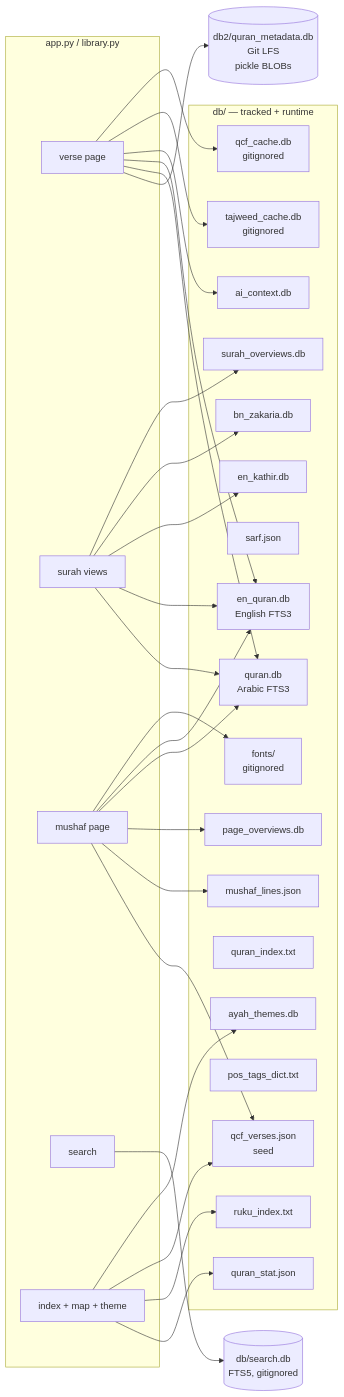
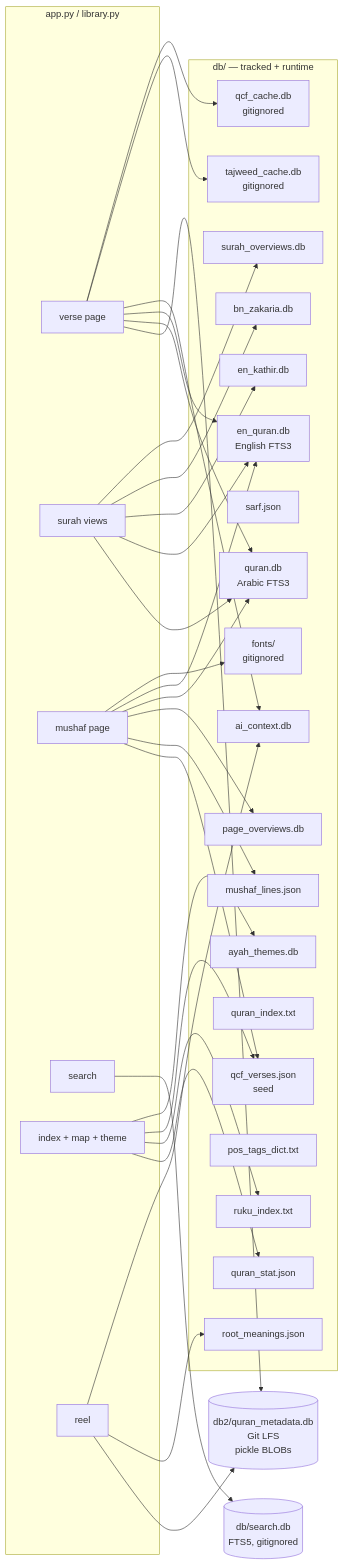
The eighth of 16 diagrams in ARCHITECTURE.md (OnixHoque/aayatun), drawn with Mermaid before and after one commit. The commit also changed other lines of this file and 6 other files, not shown here.

Commit message:
Reel: move root credit to bottom, slow typewriter, and document morphology sources

````diff
--- a/ARCHITECTURE.md
+++ b/ARCHITECTURE.md
@@ -784,57 +830,62 @@
 ```mermaid
 flowchart LR
     subgraph App["app.py / library.py"]
         R1["verse page"]
         R2["surah views"]
         R3["mushaf page"]
         R4["search"]
         R5["index + map + theme"]
+        R6["reel"]
     end
 
     subgraph DB["db/ — tracked + runtime"]
         Q["quran.db<br/>Arabic FTS3"]
         E["en_quran.db<br/>English FTS3"]
         K["en_kathir.db"]
         B["bn_zakaria.db"]
         AI["ai_context.db"]
         ST["quran_stat.json"]
         SARF["sarf.json"]
+        RM["root_meanings.json"]
         QV["qcf_verses.json<br/>seed"]
         ML["mushaf_lines.json"]
         PO["page_overviews.db"]
         SO["surah_overviews.db"]
         AT["ayah_themes.db"]
         QI["quran_index.txt"]
         RI["ruku_index.txt"]
         PT["pos_tags_dict.txt"]
         TC["tajweed_cache.db<br/>gitignored"]
         QC["qcf_cache.db<br/>gitignored"]
         FN["fonts/<br/>gitignored"]
     end
 
     D2[("db2/quran_metadata.db<br/>Git LFS<br/>pickle BLOBs")]
     D3[("db/search.db<br/>FTS5, gitignored")]
 
     R1 --> D2
     R1 --> Q
     R1 --> E
     R1 --> AI
     R1 --> TC
     R1 --> QC
     R2 --> Q
     R2 --> E
     R2 --> K
     R2 --> B
     R2 --> SO
     R3 --> QV
     R3 --> ML
     R3 --> PO
     R3 --> Q
     R3 --> E
     R3 --> FN
     R4 --> D3
     R5 --> ST
     R5 --> RI
     R5 --> QV
     R5 --> AT
+    R6 --> D2
+    R6 --> RM
+    R6 --> AI
 ```
````
